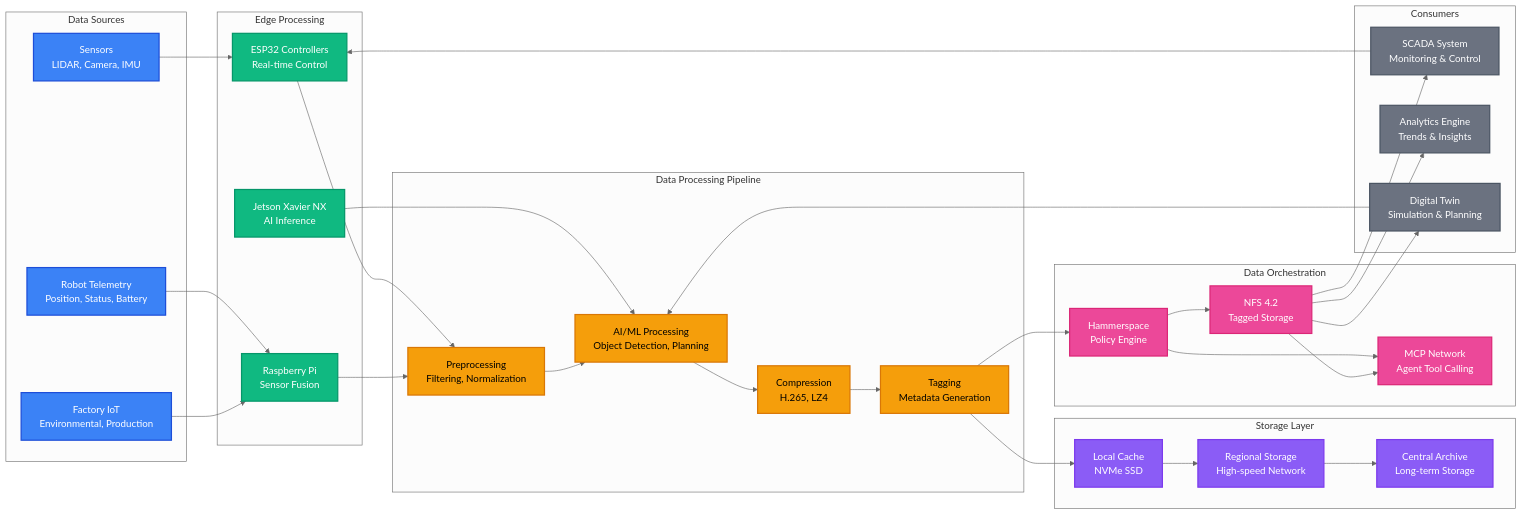
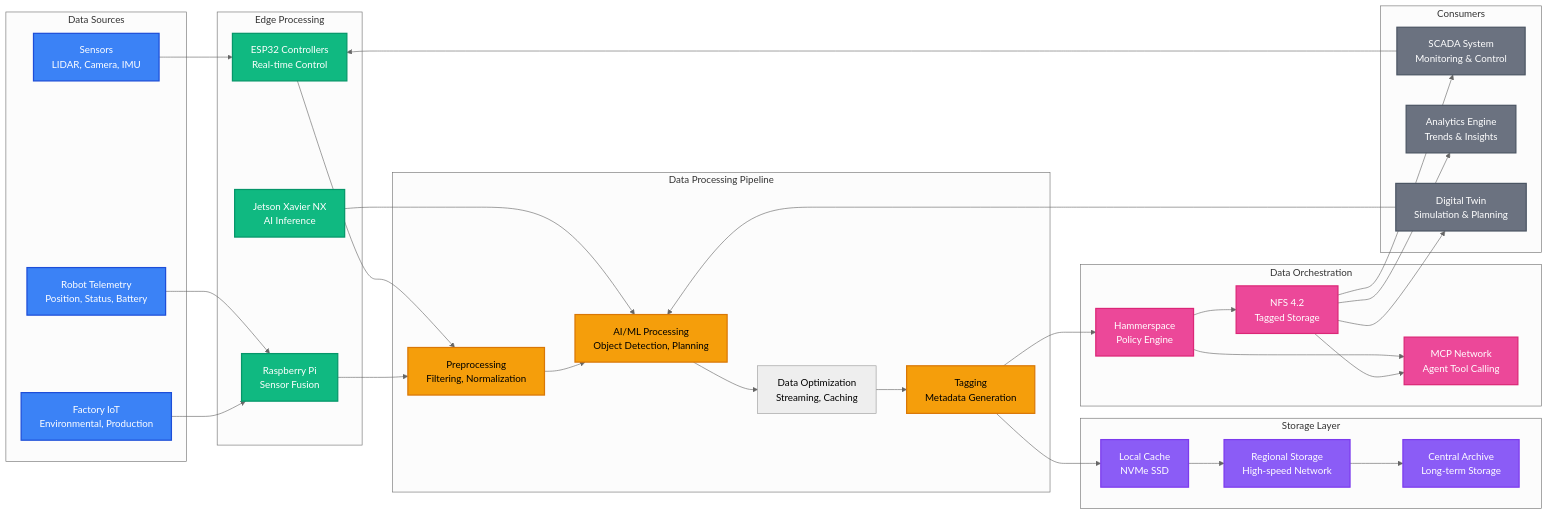
Before and after one commit to databloom/robotics_platform: the diagram in isaac-nexus/diagrams/data_flow.mmd, drawn with Mermaid (neutral theme). The commit also changed 5 other files, not shown here.

```diff
--- a/isaac-nexus/diagrams/data_flow.mmd
+++ b/isaac-nexus/diagrams/data_flow.mmd
@@ -1,87 +1,87 @@
 graph LR
     subgraph "Data Sources"
         SENSORS[Sensors<br/>LIDAR, Camera, IMU]
         ROBOTS[Robot Telemetry<br/>Position, Status, Battery]
         FACTORY[Factory IoT<br/>Environmental, Production]
     end
     
     subgraph "Edge Processing"
         ESP32[ESP32 Controllers<br/>Real-time Control]
         RPI[Raspberry Pi<br/>Sensor Fusion]
         JETSON[Jetson Xavier NX<br/>AI Inference]
     end
     
     subgraph "Data Processing Pipeline"
         PREPROC[Preprocessing<br/>Filtering, Normalization]
         AI[AI/ML Processing<br/>Object Detection, Planning]
-        COMPRESS[Compression<br/>H.265, LZ4]
+        OPTIMIZE[Data Optimization<br/>Streaming, Caching]
         TAG[Tagging<br/>Metadata Generation]
     end
     
     subgraph "Storage Layer"
         LOCAL[Local Cache<br/>NVMe SSD]
         REGIONAL[Regional Storage<br/>High-speed Network]
         CENTRAL[Central Archive<br/>Long-term Storage]
     end
     
     subgraph "Data Orchestration"
         HAMMERSPACE[Hammerspace<br/>Policy Engine]
         NFS42[NFS 4.2<br/>Tagged Storage]
         MCP[MCP Network<br/>Agent Tool Calling]
     end
     
     subgraph "Consumers"
         SCADA[SCADA System<br/>Monitoring & Control]
         ANALYTICS[Analytics Engine<br/>Trends & Insights]
         DIGITAL_TWIN[Digital Twin<br/>Simulation & Planning]
     end
     
     %% Data flow from sources
     SENSORS --> ESP32
     ROBOTS --> RPI
     FACTORY --> RPI
     
     %% Edge processing flow
     ESP32 --> PREPROC
     RPI --> PREPROC
     JETSON --> AI
     
     %% Processing pipeline
     PREPROC --> AI
-    AI --> COMPRESS
-    COMPRESS --> TAG
+    AI --> OPTIMIZE
+    OPTIMIZE --> TAG
     
     %% Storage flow
     TAG --> LOCAL
     LOCAL --> REGIONAL
     REGIONAL --> CENTRAL
     
     %% Orchestration
     TAG --> HAMMERSPACE
     HAMMERSPACE --> NFS42
     HAMMERSPACE --> MCP
     NFS42 --> MCP
     
     %% Consumer flow
     NFS42 --> SCADA
     NFS42 --> ANALYTICS
     NFS42 --> DIGITAL_TWIN
     
     %% Real-time feedback
     SCADA --> ESP32
     DIGITAL_TWIN --> AI
     
     %% Styling
     classDef source fill:#3B82F6,stroke:#1D4ED8,stroke-width:2px,color:#fff
     classDef edge fill:#10B981,stroke:#059669,stroke-width:2px,color:#fff
     classDef process fill:#F59E0B,stroke:#D97706,stroke-width:2px,color:#000
     classDef storage fill:#8B5CF6,stroke:#7C3AED,stroke-width:2px,color:#fff
     classDef orchestration fill:#EC4899,stroke:#DB2777,stroke-width:2px,color:#fff
     classDef consumer fill:#6B7280,stroke:#4B5563,stroke-width:2px,color:#fff
     
     class SENSORS,ROBOTS,FACTORY source
     class ESP32,RPI,JETSON edge
     class PREPROC,AI,COMPRESS,TAG process
     class LOCAL,REGIONAL,CENTRAL storage
     class HAMMERSPACE,NFS42,MCP orchestration
     class SCADA,ANALYTICS,DIGITAL_TWIN consumer
```
